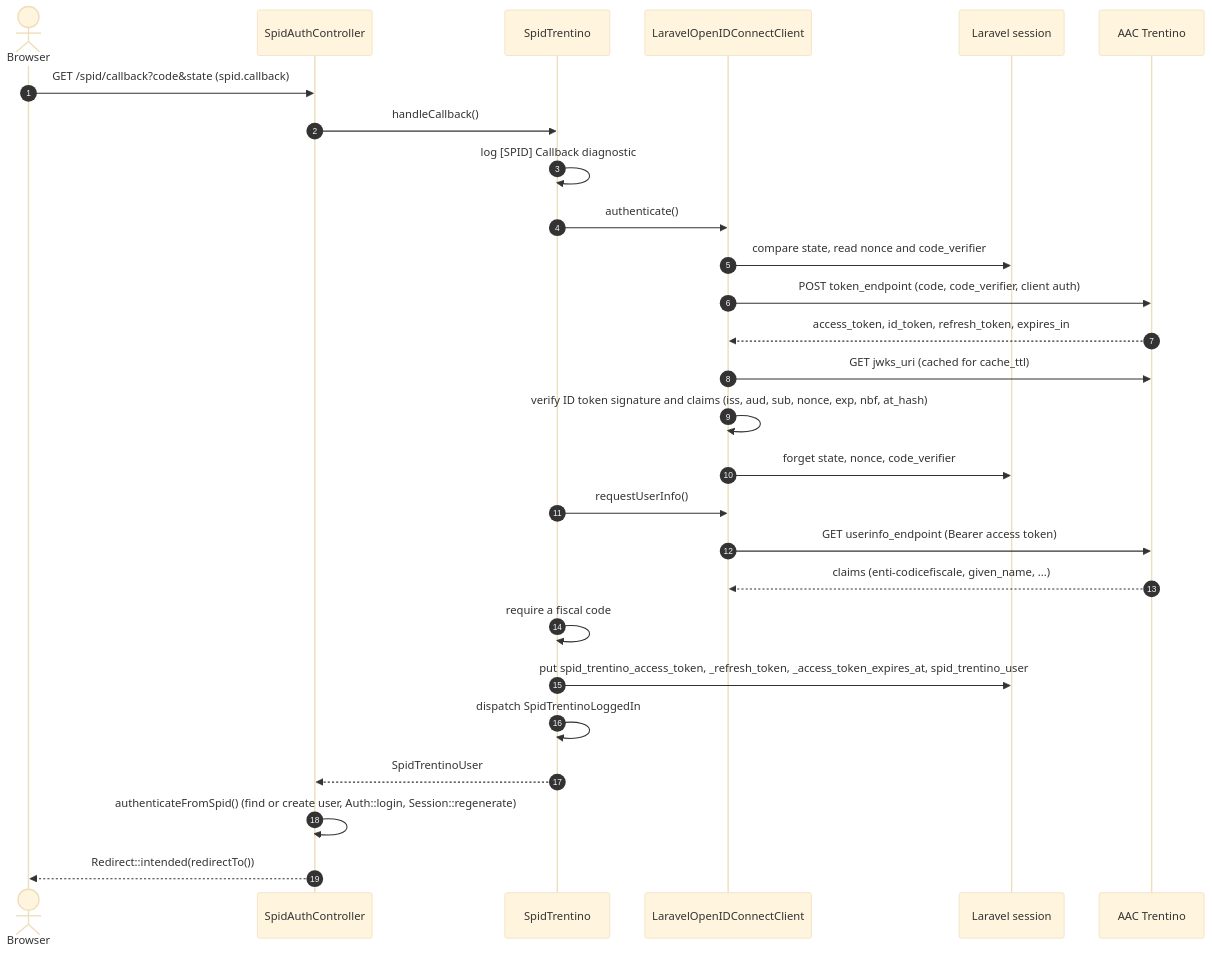
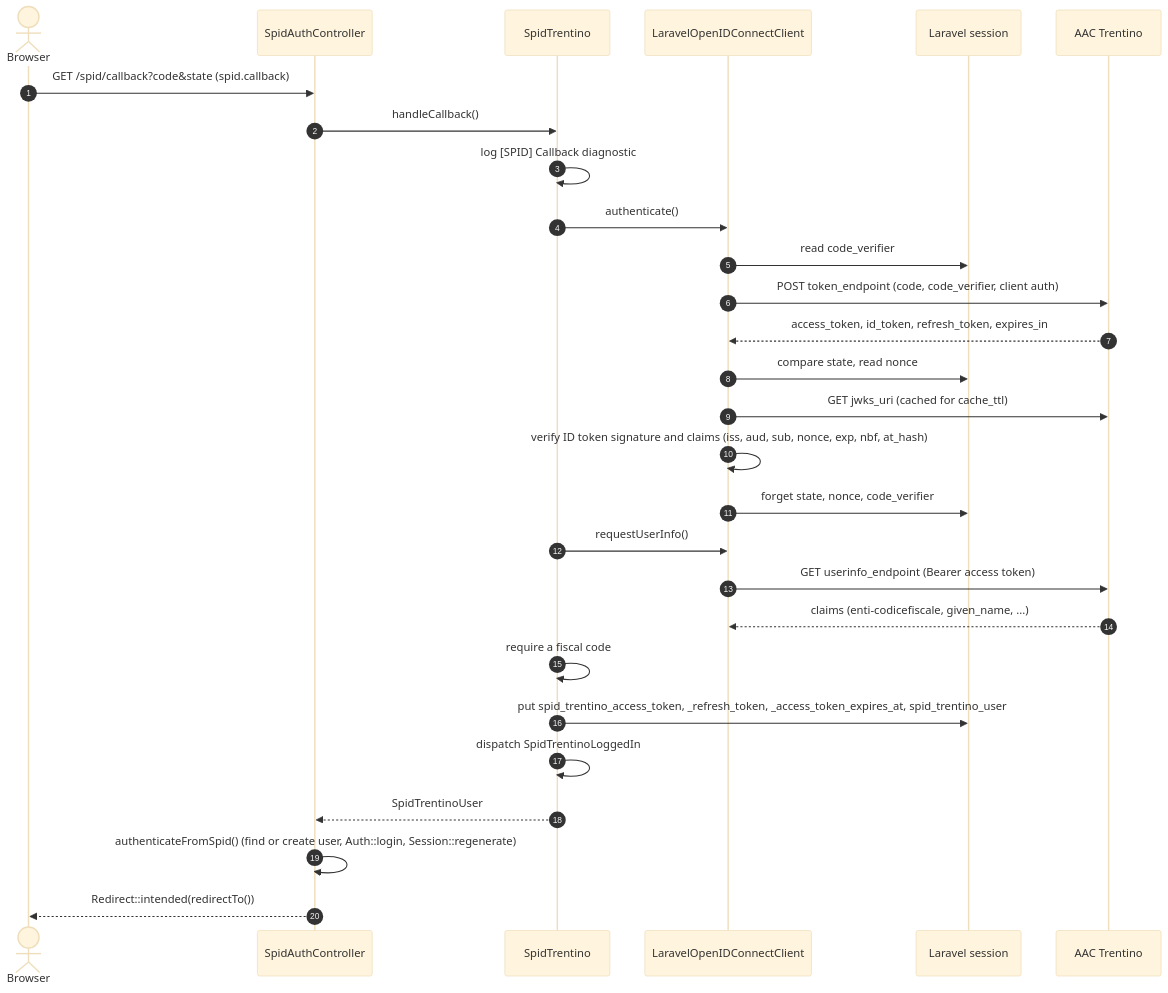
Before and after one commit to offline-agency/spid-laravel-trentino: the second of 3 diagrams in docs/authentication-flow.md, drawn with Mermaid (base theme). The commit also changed other lines of this file and 1 other file, not shown here.

````diff
--- a/docs/authentication-flow.md
+++ b/docs/authentication-flow.md
@@ -33,30 +34,31 @@
 ```mermaid
 sequenceDiagram
     autonumber
     actor B as Browser
     participant C as SpidAuthController
     participant S as SpidTrentino
     participant O as LaravelOpenIDConnectClient
     participant L as Laravel session
     participant A as AAC Trentino
 
     B->>C: GET /spid/callback?code&state (spid.callback)
     C->>S: handleCallback()
     S->>S: log [SPID] Callback diagnostic
     S->>O: authenticate()
-    O->>L: compare state, read nonce and code_verifier
+    O->>L: read code_verifier
     O->>A: POST token_endpoint (code, code_verifier, client auth)
     A-->>O: access_token, id_token, refresh_token, expires_in
+    O->>L: compare state, read nonce
     O->>A: GET jwks_uri (cached for cache_ttl)
     O->>O: verify ID token signature and claims (iss, aud, sub, nonce, exp, nbf, at_hash)
     O->>L: forget state, nonce, code_verifier
     S->>O: requestUserInfo()
     O->>A: GET userinfo_endpoint (Bearer access token)
     A-->>O: claims (enti-codicefiscale, given_name, ...)
     S->>S: require a fiscal code
     S->>L: put spid_trentino_access_token, _refresh_token, _access_token_expires_at, spid_trentino_user
     S->>S: dispatch SpidTrentinoLoggedIn
     S-->>C: SpidTrentinoUser
     C->>C: authenticateFromSpid() (find or create user, Auth::login, Session::regenerate)
     C-->>B: Redirect::intended(redirectTo())
 ```
````
